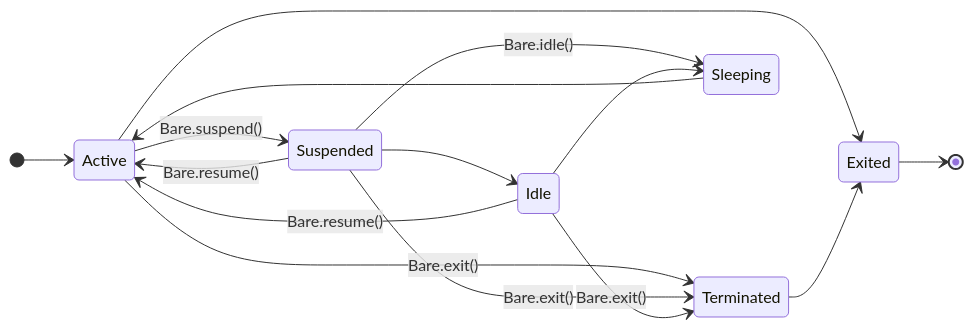
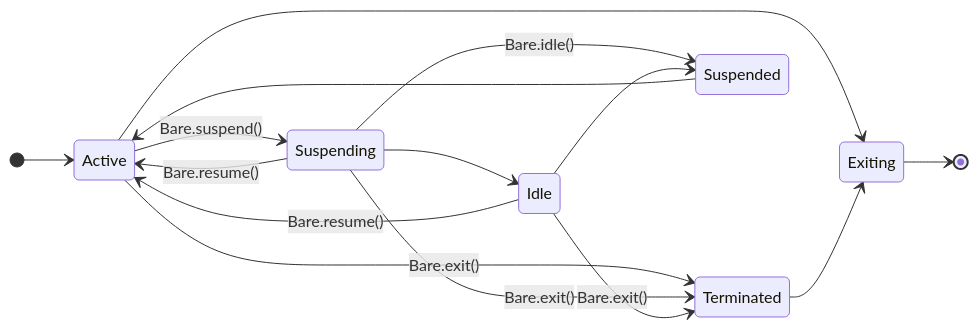
Before and after one commit to holepunchto/bare: the diagram in README.md, drawn with Mermaid. The commit also changed other lines of this file and 3 other files, not shown here.

Commit message:
Add `Bare.suspending` (#77)

````diff
--- a/README.md
+++ b/README.md
@@ -153,18 +157,18 @@
 ```mermaid
 stateDiagram
   direction LR
   [*] --> Active
-  Active --> Suspended: Bare.suspend()
+  Active --> Suspending: Bare.suspend()
   Active --> Terminated: Bare.exit()
-  Active --> Exited
-  Suspended --> Active: Bare.resume()
-  Suspended --> Sleeping: Bare.idle()
-  Suspended --> Terminated: Bare.exit()
-  Suspended --> Idle
+  Active --> Exiting
+  Suspending --> Active: Bare.resume()
+  Suspending --> Suspended: Bare.idle()
+  Suspending --> Terminated: Bare.exit()
+  Suspending --> Idle
   Idle --> Active: Bare.resume()
   Idle --> Terminated: Bare.exit()
-  Idle --> Sleeping
-  Sleeping --> Active
-  Terminated --> Exited
-  Exited --> [*]
+  Idle --> Suspended
+  Suspended --> Active
+  Terminated --> Exiting
+  Exiting --> [*]
 ```
````
